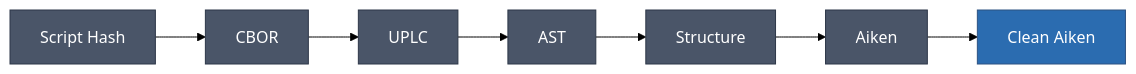
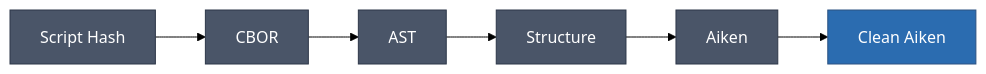
One commit to will-break-it/uplc changed the diagram in README.md. Above: the diagram before and after it, drawn with Mermaid (forest theme). The commit also changed other lines of this file, not shown here.

Commit message:
docs: update README with clean CBOR → AST pipeline

````diff
--- a/README.md
+++ b/README.md
@@ -13,17 +13,15 @@
 ```mermaid
 flowchart LR
     A[Script Hash] --> B[CBOR]
-    B --> C[UPLC]
-    C --> D[AST]
-    D --> E[Structure]
-    E --> F[Aiken]
-    F --> G[Clean Aiken]
+    B --> C[AST]
+    C --> D[Structure]
+    D --> E[Aiken]
+    E --> F[Clean Aiken]
     
     style A fill:#4a5568,stroke:#2d3748,color:#fff
     style B fill:#4a5568,stroke:#2d3748,color:#fff
     style C fill:#4a5568,stroke:#2d3748,color:#fff
     style D fill:#4a5568,stroke:#2d3748,color:#fff
     style E fill:#4a5568,stroke:#2d3748,color:#fff
-    style F fill:#4a5568,stroke:#2d3748,color:#fff
-    style G fill:#2b6cb0,stroke:#2c5282,color:#fff
+    style F fill:#2b6cb0,stroke:#2c5282,color:#fff
 ```
````
